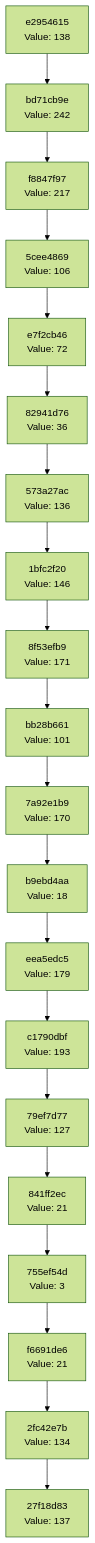
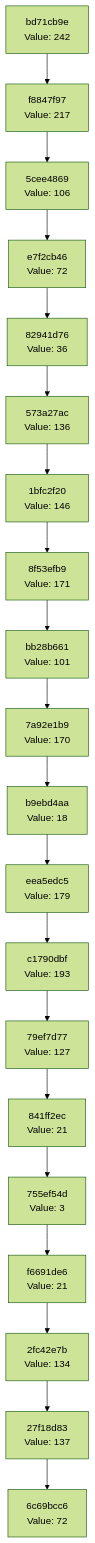
One commit to Abhisheksinha1506/hash-chain-evolver changed the diagram in docs/CHAIN_VISUALIZATION.md. Above: the diagram before and after it, drawn with Mermaid (forest theme). The commit also changed 3 other files, not shown here.

````diff
--- a/docs/CHAIN_VISUALIZATION.md
+++ b/docs/CHAIN_VISUALIZATION.md
@@ -3,42 +3,42 @@
 ```mermaid
 graph TD
-    C0["27f18d83<br/>Value: 137"]
-    C1["2fc42e7b<br/>Value: 134"]
+    C0["6c69bcc6<br/>Value: 72"]
+    C1["27f18d83<br/>Value: 137"]
     C1 --> C0
-    C2["f6691de6<br/>Value: 21"]
+    C2["2fc42e7b<br/>Value: 134"]
     C2 --> C1
-    C3["755ef54d<br/>Value: 3"]
+    C3["f6691de6<br/>Value: 21"]
     C3 --> C2
-    C4["841ff2ec<br/>Value: 21"]
+    C4["755ef54d<br/>Value: 3"]
     C4 --> C3
-    C5["79ef7d77<br/>Value: 127"]
+    C5["841ff2ec<br/>Value: 21"]
     C5 --> C4
-    C6["c1790dbf<br/>Value: 193"]
+    C6["79ef7d77<br/>Value: 127"]
     C6 --> C5
-    C7["eea5edc5<br/>Value: 179"]
+    C7["c1790dbf<br/>Value: 193"]
     C7 --> C6
-    C8["b9ebd4aa<br/>Value: 18"]
+    C8["eea5edc5<br/>Value: 179"]
     C8 --> C7
-    C9["7a92e1b9<br/>Value: 170"]
+    C9["b9ebd4aa<br/>Value: 18"]
     C9 --> C8
-    C10["bb28b661<br/>Value: 101"]
+    C10["7a92e1b9<br/>Value: 170"]
     C10 --> C9
-    C11["8f53efb9<br/>Value: 171"]
+    C11["bb28b661<br/>Value: 101"]
     C11 --> C10
-    C12["1bfc2f20<br/>Value: 146"]
+    C12["8f53efb9<br/>Value: 171"]
     C12 --> C11
-    C13["573a27ac<br/>Value: 136"]
+    C13["1bfc2f20<br/>Value: 146"]
     C13 --> C12
-    C14["82941d76<br/>Value: 36"]
+    C14["573a27ac<br/>Value: 136"]
     C14 --> C13
-    C15["e7f2cb46<br/>Value: 72"]
+    C15["82941d76<br/>Value: 36"]
     C15 --> C14
-    C16["5cee4869<br/>Value: 106"]
+    C16["e7f2cb46<br/>Value: 72"]
     C16 --> C15
-    C17["f8847f97<br/>Value: 217"]
+    C17["5cee4869<br/>Value: 106"]
     C17 --> C16
-    C18["bd71cb9e<br/>Value: 242"]
+    C18["f8847f97<br/>Value: 217"]
     C18 --> C17
-    C19["e2954615<br/>Value: 138"]
+    C19["bd71cb9e<br/>Value: 242"]
     C19 --> C18
 ```
````
